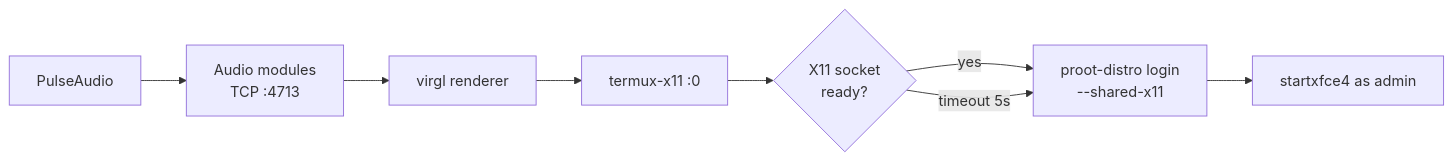
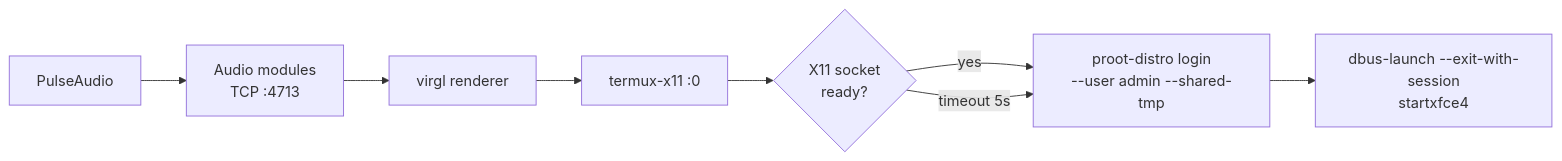
One commit to arinadi/XLabs changed the first of 3 diagrams in README.md. Above: the diagram before and after it, drawn with Mermaid. The commit also changed 1 other file, not shown here.

````diff
--- a/README.md
+++ b/README.md
@@ -99,10 +99,10 @@
 ```mermaid
 flowchart LR
     A[PulseAudio] --> B[Audio modules<br/>TCP :4713]
     B --> C[virgl renderer]
     C --> D[termux-x11 :0]
     D --> E{X11 socket<br/>ready?}
-    E -->|yes| F[proot-distro login<br/>--shared-x11]
+    E -->|yes| F["proot-distro login<br/>--user admin --shared-tmp"]
     E -->|timeout 5s| F
-    F --> G[startxfce4 as admin]
+    F --> G["dbus-launch --exit-with-session<br/>startxfce4"]
 ```
````
